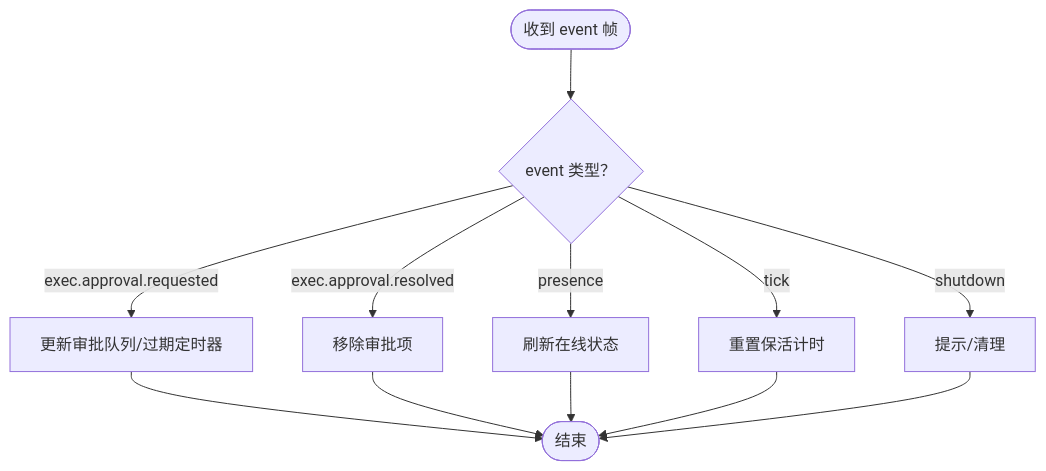
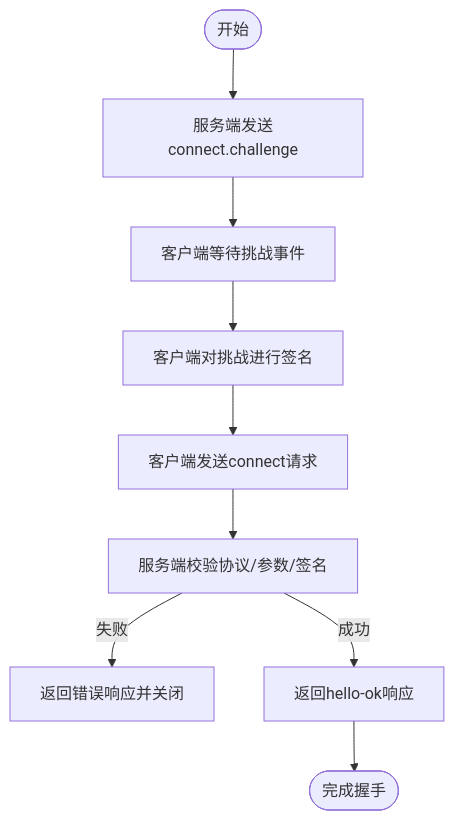
One commit to HACK-WU/openclaw changed the fourth of 6 diagrams in .qoder/repowiki/zh/content/API参考/WebSocket API.md. Above: the diagram before and after it, drawn with Mermaid. The commit also changed other lines of this file and 549 other files, not shown here.

````diff
--- a/.qoder/repowiki/zh/content/API参考/WebSocket API.md
+++ b/.qoder/repowiki/zh/content/API参考/WebSocket API.md
@@ -248,14 +232,11 @@
 ```mermaid
 flowchart TD
-Start(["收到 event 帧"]) --> CheckType{"event 类型？"}
-CheckType --> |exec.approval.requested| Req["更新审批队列/过期定时器"]
-CheckType --> |exec.approval.resolved| Res["移除审批项"]
-CheckType --> |presence| Pres["刷新在线状态"]
-CheckType --> |tick| Tick["重置保活计时"]
-CheckType --> |shutdown| SD["提示/清理"]
-Req --> End(["结束"])
-Res --> End
-Pres --> End
-Tick --> End
-SD --> End
+Start(["开始"]) --> Challenge["服务端发送connect.challenge"]
+Challenge --> Wait["客户端等待挑战事件"]
+Wait --> Sign["客户端对挑战进行签名"]
+Sign --> ConnectReq["客户端发送connect请求"]
+ConnectReq --> Validate["服务端校验协议/参数/签名"]
+Validate --> |失败| ErrResp["返回错误响应并关闭"]
+Validate --> |成功| Hello["返回hello-ok响应"]
+Hello --> End(["完成握手"])
 ```
````
